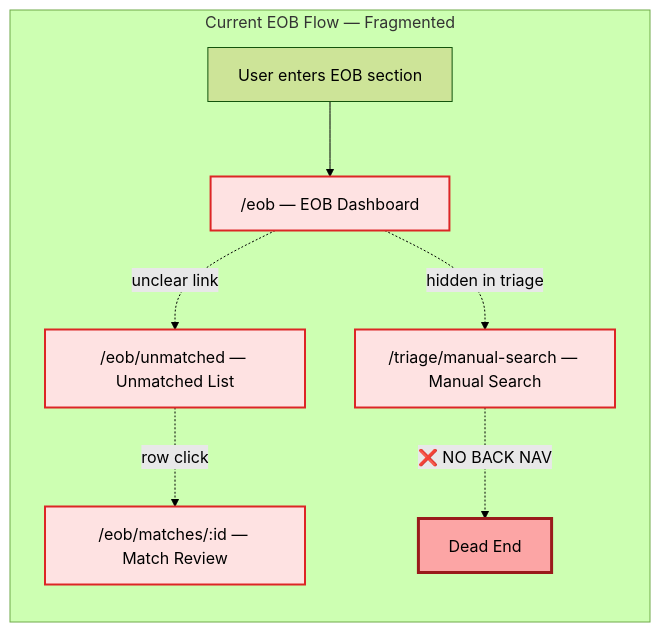
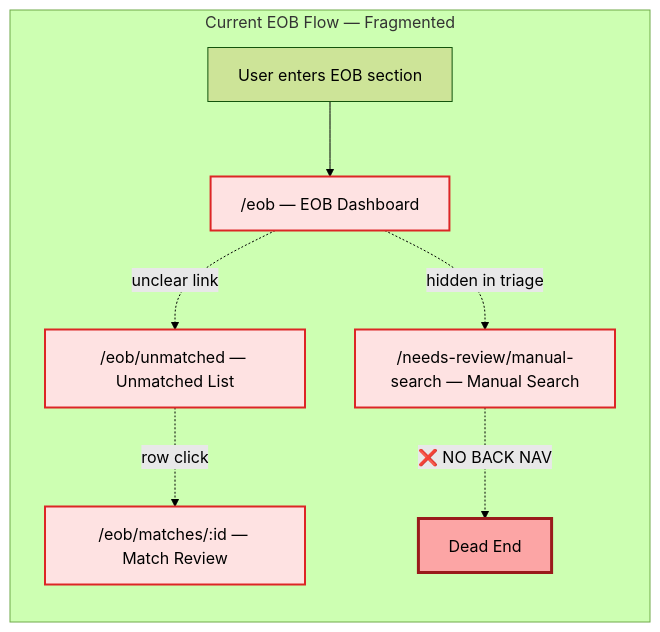
One commit to rsocko/owl changed the third of 9 diagrams in docs/design/active/ui-flow-diagrams.md. Above: the diagram before and after it, drawn with Mermaid (forest theme). The commit also changed other lines of this file and 17 other files, not shown here.

Commit message:
Use Needs Review as canonical route

````diff
--- a/docs/design/active/ui-flow-diagrams.md
+++ b/docs/design/active/ui-flow-diagrams.md
@@ -108,21 +108,21 @@
 ```mermaid
 flowchart LR
     subgraph current["Current EOB Flow — Fragmented"]
         ENTRY[User enters EOB section]
         DASH["/eob — EOB Dashboard"]
         UNMATCHED["/eob/unmatched — Unmatched List"]
         REVIEW["/eob/matches/:id — Match Review"]
-        MANUAL["/triage/manual-search — Manual Search"]
+        MANUAL["/needs-review/manual-search — Manual Search"]
 
         ENTRY --> DASH
         DASH -.->|"unclear link"| UNMATCHED
         UNMATCHED -.->|"row click"| REVIEW
         DASH -.->|"hidden in triage"| MANUAL
         MANUAL -.->|"❌ NO BACK NAV"| DEAD["Dead End"]
     end
 
     classDef problem fill:#fee2e2,stroke:#dc2626,stroke-width:2px
     classDef deadEnd fill:#fca5a5,stroke:#991b1b,stroke-width:3px
     class DASH,UNMATCHED,REVIEW,MANUAL problem
     class DEAD deadEnd
 ```
````
